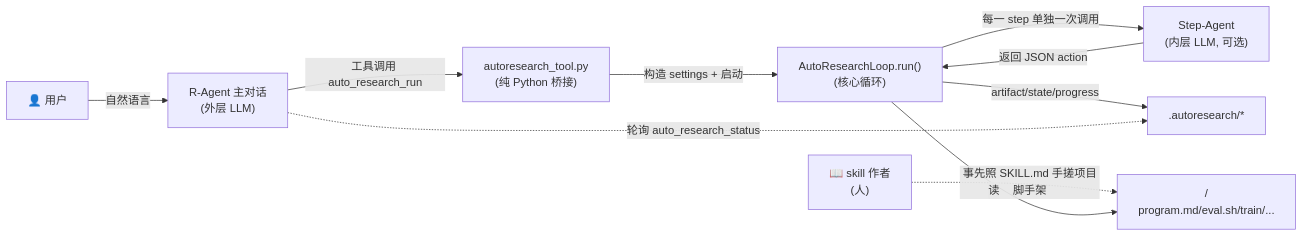
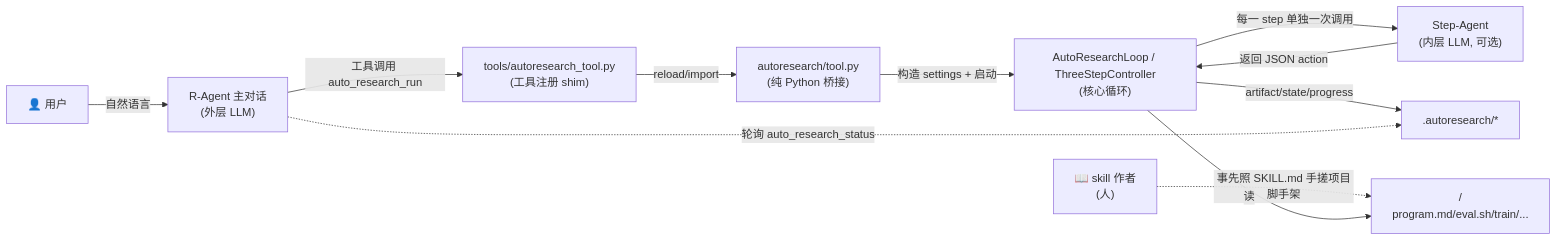
Before and after one commit to littlefishshow/R-Agent: the first of 8 diagrams in AUTORESEARCH_FLOW.md, drawn with Mermaid. The commit also changed other lines of this file and 64 other files, not shown here.

Commit message:
refactor autoresearch architecture

````diff
--- a/AUTORESEARCH_FLOW.md
+++ b/AUTORESEARCH_FLOW.md
@@ -15,12 +17,13 @@
 ```mermaid
 flowchart LR
     U["👤 用户"] -->|自然语言| RA["R-Agent 主对话<br/>(外层 LLM)"]
-    RA -->|工具调用 auto_research_run| TL["autoresearch_tool.py<br/>(纯 Python 桥接)"]
-    TL -->|构造 settings + 启动| LP["AutoResearchLoop.run()<br/>(核心循环)"]
+    RA -->|工具调用 auto_research_run| TS["tools/autoresearch_tool.py<br/>(工具注册 shim)"]
+    TS -->|reload/import| TL["autoresearch/tool.py<br/>(纯 Python 桥接)"]
+    TL -->|构造 settings + 启动| LP["AutoResearchLoop / ThreeStepController<br/>(核心循环)"]
     LP -->|每一 step 单独一次调用| SA["Step-Agent<br/>(内层 LLM, 可选)"]
     SA -->|返回 JSON action| LP
     LP -->|artifact/state/progress| FS[".autoresearch/*"]
     RA -.->|轮询 auto_research_status| FS
     U2["📖 skill 作者<br/>(人)"] -.->|事先照 SKILL.md 手搓项目脚手架| PRJ["<project>/<br/>program.md/eval.sh/train/..."]
     LP -->|读| PRJ
 ```
````
